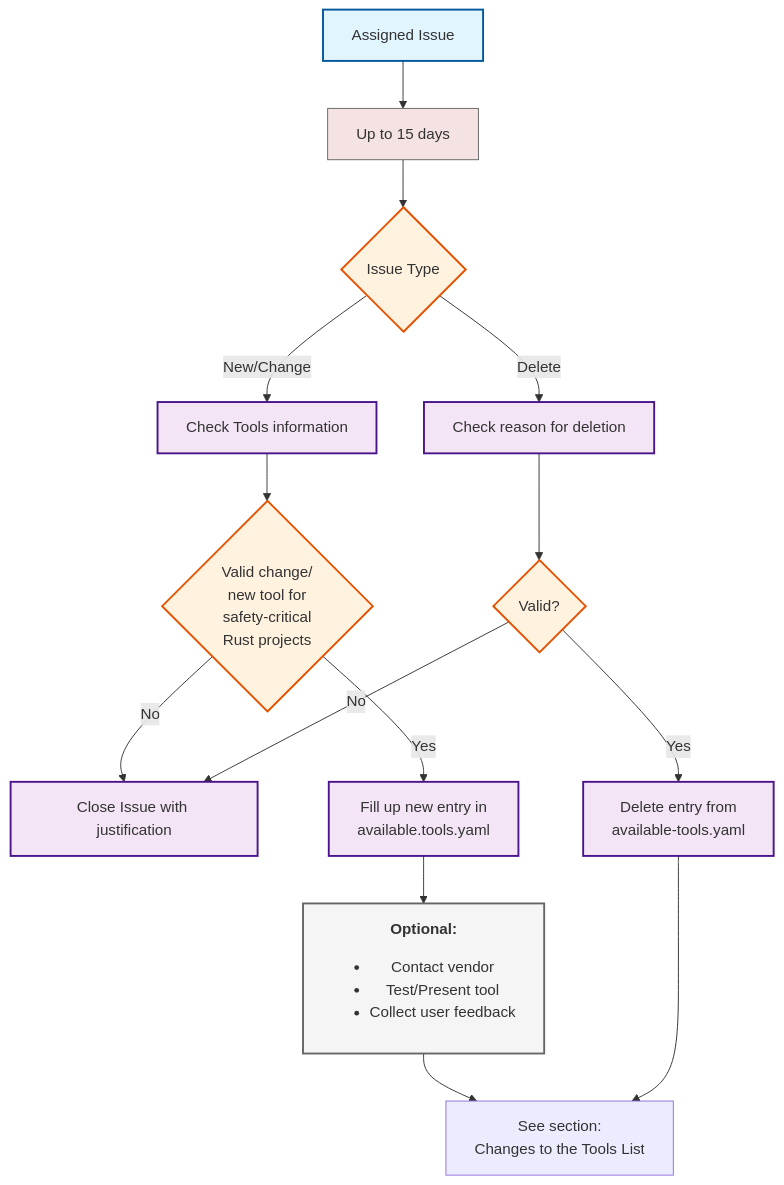
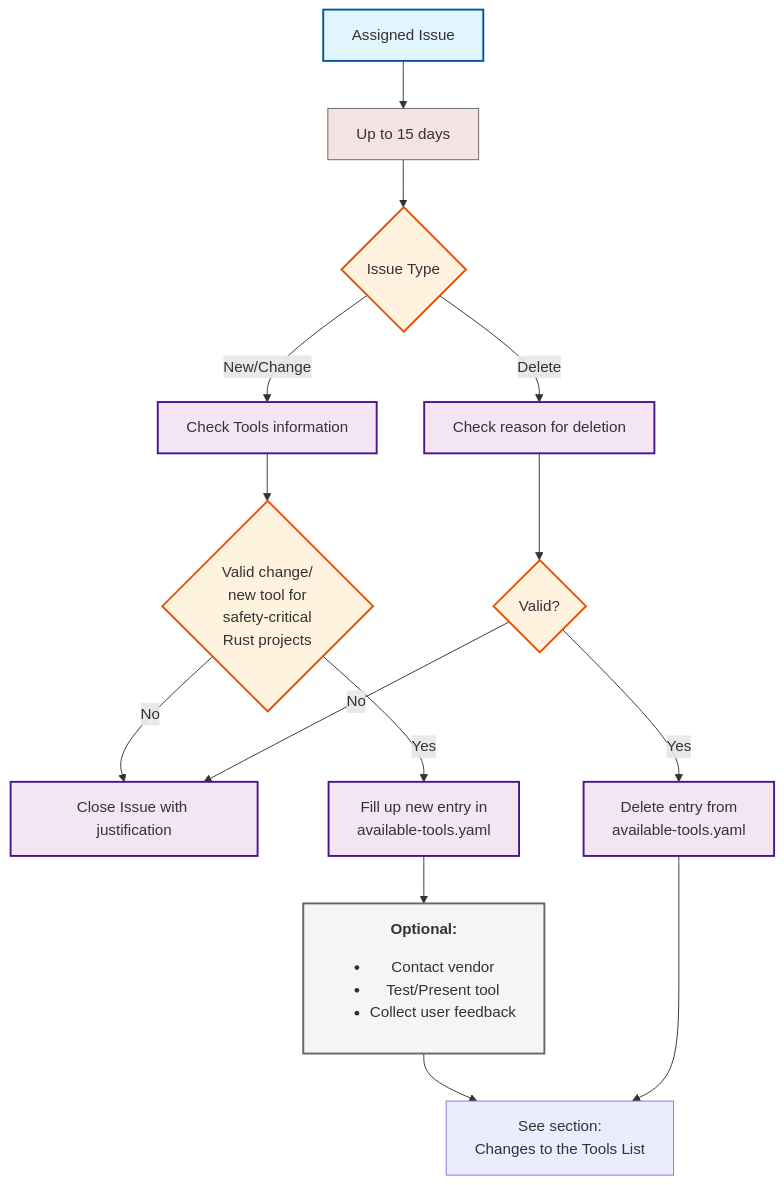
One commit to rustfoundation/safety-critical-rust-consortium changed the second of 4 diagrams in arewesafetycriticalyet.org/docs/tooling/rfc-tools-review.md. Above: the diagram before and after it, drawn with Mermaid.

````diff
--- a/arewesafetycriticalyet.org/docs/tooling/rfc-tools-review.md
+++ b/arewesafetycriticalyet.org/docs/tooling/rfc-tools-review.md
@@ -61,36 +61,36 @@
 ```mermaid
 flowchart TD
     %% Review New Issues Phase
     B0[Assigned Issue] --> B1[Up to 15 days]
     B1 --> B2{Issue Type}
     B2 --> |New/Change| B4[Check Tools information]
     B2 --> |Delete| B3[Check reason for deletion]
     
     %% New/Change Path
     B4 --> B5{Valid change/<br/>new tool for<br/>safety-critical<br/>Rust projects}
     B5 --> |No| B6[Close Issue with justification]
-    B5 --> |Yes| B7[Fill up new entry in<br/>available.tools.yaml]
+    B5 --> |Yes| B7[Fill up new entry in<br/>available-tools.yaml]
     B7 --> B8[<strong>Optional:</strong><br/><ul><li>Contact vendor</li><li>Test/Present tool</li><li>Collect user feedback</li></ul>]
     
     %% Delete Path
     B3 --> B12{Valid?}
     B12 --> |No| B6
     B12 --> |Yes| B13[Delete entry from<br/>available-tools.yaml]
 
     %% PR
     B8 --> B14[See section:<br/>Changes to the Tools List]
     B13 --> B14
 
     %% Styling
     classDef actor fill:#e1f5fe,stroke:#01579b,stroke-width:2px
     classDef process fill:#f3e5f5,stroke:#4a148c,stroke-width:2px
     classDef decision fill:#fff3e0,stroke:#e65100,stroke-width:2px
     classDef optional fill:#f5f5f5,stroke:#666666,stroke-width:2px
     classDef time fill:#f5e3e3,stroke:#666666,stroke-width:1px
     
     class B0 actor
     class B8 optional
     class B2,B5,B12 decision
     class B3,B4,B6,B7,B13 process
     class B1 time
 ```
````
